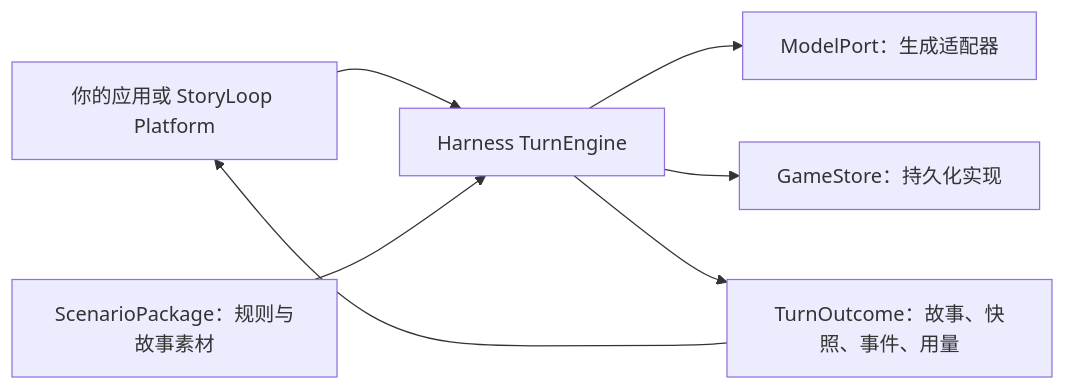
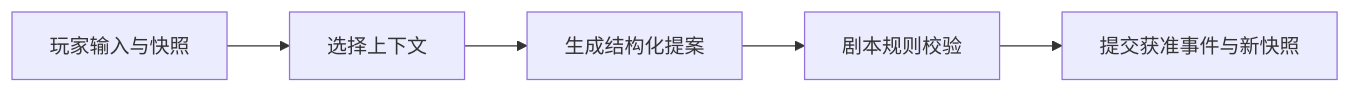
One commit to storyloop0/storyloop-harness changed the first of 3 diagrams in README.md. Above: the diagram before and after it, drawn with Mermaid. The commit also changed other lines of this file and 1 other file, not shown here.

````diff
--- a/README.md
+++ b/README.md
@@ -15,9 +53,7 @@
 ```mermaid
 flowchart LR
-    App[你的应用或 StoryLoop Platform] --> Engine[Harness TurnEngine]
-    Package[ScenarioPackage：规则与故事素材] --> Engine
-    Engine --> Model[ModelPort：生成适配器]
-    Engine --> Store[GameStore：持久化实现]
-    Engine --> Result[TurnOutcome：故事、快照、事件、用量]
-    Result --> App
+    Input[玩家输入与快照] --> Context[选择上下文]
+    Context --> Model[生成结构化提案]
+    Model --> Rules[剧本规则校验]
+    Rules --> Result[提交获准事件与新快照]
 ```
````
